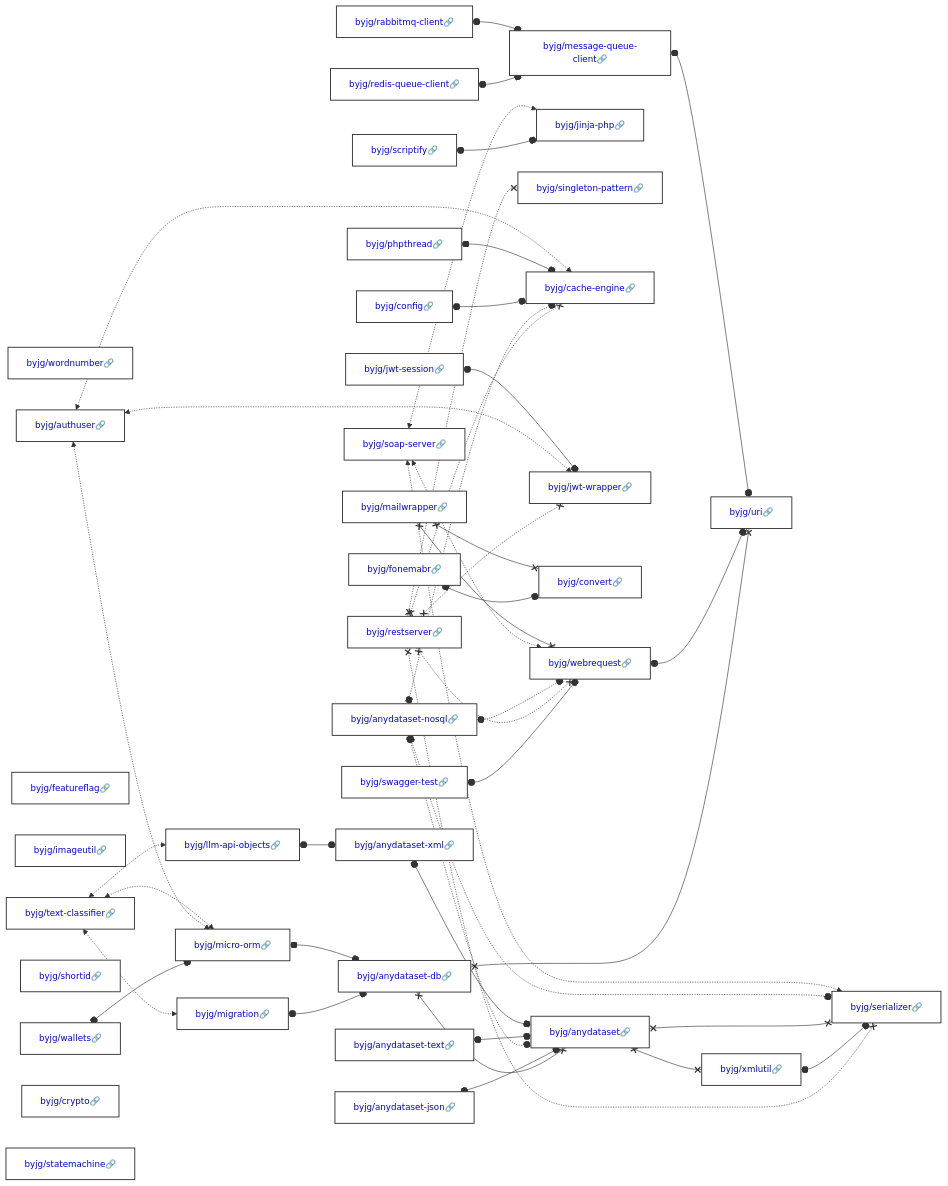
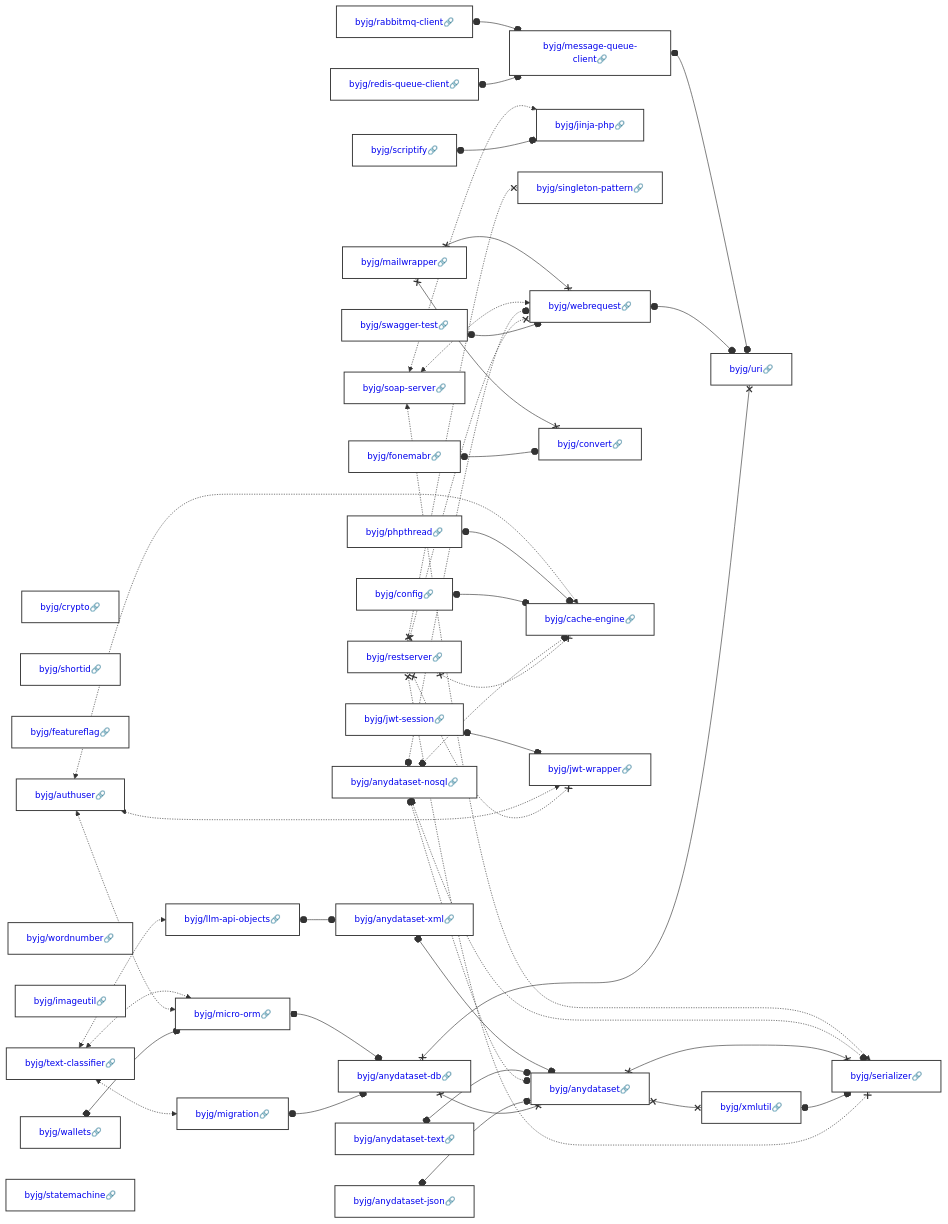
Before and after one commit to byjg/byjg.github.io: the diagram in docs/php/README.md, drawn with Mermaid. The commit also changed other lines of this file and 1 other file, not shown here.

Commit message:
Update documentation 'php' 'php-gluo-core'

````diff
--- a/docs/php/README.md
+++ b/docs/php/README.md
@@ -3,42 +3,42 @@
 ```mermaid
 graph LR;
-  byjg/anydataset-json[<a href='https://opensource.byjg.com/docs/php/anydataset-json' style='text-decoration:none'>byjg/anydataset-json🔗</a>];
+  byjg/crypto[<a href='https://opensource.byjg.com/docs/php/crypto' style='text-decoration:none'>byjg/crypto🔗</a>];
+  byjg/redis-queue-client[<a href='https://opensource.byjg.com/docs/php/redis-queue-client' style='text-decoration:none'>byjg/redis-queue-client🔗</a>];
+  byjg/shortid[<a href='https://opensource.byjg.com/docs/php/shortid' style='text-decoration:none'>byjg/shortid🔗</a>];
+  byjg/featureflag[<a href='https://opensource.byjg.com/docs/php/featureflag' style='text-decoration:none'>byjg/featureflag🔗</a>];
+  byjg/wallets[<a href='https://opensource.byjg.com/docs/php/wallets' style='text-decoration:none'>byjg/wallets🔗</a>];
   byjg/wordnumber[<a href='https://opensource.byjg.com/docs/php/wordnumber' style='text-decoration:none'>byjg/wordnumber🔗</a>];
-  byjg/authuser[<a href='https://opensource.byjg.com/docs/php/authuser' style='text-decoration:none'>byjg/authuser🔗</a>];
-  byjg/featureflag[<a href='https://opensource.byjg.com/docs/php/featureflag' style='text-decoration:none'>byjg/featureflag🔗</a>];
-  byjg/anydataset-nosql[<a href='https://opensource.byjg.com/docs/php/anydataset-nosql' style='text-decoration:none'>byjg/anydataset-nosql🔗</a>];
-  byjg/imageutil[<a href='https://opensource.byjg.com/docs/php/imageutil' style='text-decoration:none'>byjg/imageutil🔗</a>];
-  byjg/fonemabr[<a href='https://opensource.byjg.com/docs/php/fonemabr' style='text-decoration:none'>byjg/fonemabr🔗</a>];
+  byjg/anydataset-text[<a href='https://opensource.byjg.com/docs/php/anydataset-text' style='text-decoration:none'>byjg/anydataset-text🔗</a>];
   byjg/jwt-session[<a href='https://opensource.byjg.com/docs/php/jwt-session' style='text-decoration:none'>byjg/jwt-session🔗</a>];
-  byjg/rabbitmq-client[<a href='https://opensource.byjg.com/docs/php/rabbitmq-client' style='text-decoration:none'>byjg/rabbitmq-client🔗</a>];
-  byjg/redis-queue-client[<a href='https://opensource.byjg.com/docs/php/redis-queue-client' style='text-decoration:none'>byjg/redis-queue-client🔗</a>];
-  byjg/wallets[<a href='https://opensource.byjg.com/docs/php/wallets' style='text-decoration:none'>byjg/wallets🔗</a>];
-  byjg/shortid[<a href='https://opensource.byjg.com/docs/php/shortid' style='text-decoration:none'>byjg/shortid🔗</a>];
-  byjg/anydataset-text[<a href='https://opensource.byjg.com/docs/php/anydataset-text' style='text-decoration:none'>byjg/anydataset-text🔗</a>];
-  byjg/config[<a href='https://opensource.byjg.com/docs/php/config' style='text-decoration:none'>byjg/config🔗</a>];
-  byjg/scriptify[<a href='https://opensource.byjg.com/docs/php/scriptify' style='text-decoration:none'>byjg/scriptify🔗</a>];
-  byjg/text-classifier[<a href='https://opensource.byjg.com/docs/php/text-classifier' style='text-decoration:none'>byjg/text-classifier🔗</a>];
-  byjg/crypto[<a href='https://opensource.byjg.com/docs/php/crypto' style='text-decoration:none'>byjg/crypto🔗</a>];
-  byjg/statemachine[<a href='https://opensource.byjg.com/docs/php/statemachine' style='text-decoration:none'>byjg/statemachine🔗</a>];
   byjg/soap-server[<a href='https://opensource.byjg.com/docs/php/soap-server' style='text-decoration:none'>byjg/soap-server🔗</a>];
-  byjg/phpthread[<a href='https://opensource.byjg.com/docs/php/phpthread' style='text-decoration:none'>byjg/phpthread🔗</a>];
-  byjg/restserver[<a href='https://opensource.byjg.com/docs/php/restserver' style='text-decoration:none'>byjg/restserver🔗</a>];
   byjg/swagger-test[<a href='https://opensource.byjg.com/docs/php/swagger-test' style='text-decoration:none'>byjg/swagger-test🔗</a>];
   byjg/mailwrapper[<a href='https://opensource.byjg.com/docs/php/mailwrapper' style='text-decoration:none'>byjg/mailwrapper🔗</a>];
+  byjg/anydataset-json[<a href='https://opensource.byjg.com/docs/php/anydataset-json' style='text-decoration:none'>byjg/anydataset-json🔗</a>];
+  byjg/imageutil[<a href='https://opensource.byjg.com/docs/php/imageutil' style='text-decoration:none'>byjg/imageutil🔗</a>];
+  byjg/rabbitmq-client[<a href='https://opensource.byjg.com/docs/php/rabbitmq-client' style='text-decoration:none'>byjg/rabbitmq-client🔗</a>];
+  byjg/scriptify[<a href='https://opensource.byjg.com/docs/php/scriptify' style='text-decoration:none'>byjg/scriptify🔗</a>];
+  byjg/anydataset-nosql[<a href='https://opensource.byjg.com/docs/php/anydataset-nosql' style='text-decoration:none'>byjg/anydataset-nosql🔗</a>];
+  byjg/config[<a href='https://opensource.byjg.com/docs/php/config' style='text-decoration:none'>byjg/config🔗</a>];
+  byjg/restserver[<a href='https://opensource.byjg.com/docs/php/restserver' style='text-decoration:none'>byjg/restserver🔗</a>];
+  byjg/phpthread[<a href='https://opensource.byjg.com/docs/php/phpthread' style='text-decoration:none'>byjg/phpthread🔗</a>];
+  byjg/fonemabr[<a href='https://opensource.byjg.com/docs/php/fonemabr' style='text-decoration:none'>byjg/fonemabr🔗</a>];
+  byjg/text-classifier[<a href='https://opensource.byjg.com/docs/php/text-classifier' style='text-decoration:none'>byjg/text-classifier🔗</a>];
+  byjg/authuser[<a href='https://opensource.byjg.com/docs/php/authuser' style='text-decoration:none'>byjg/authuser🔗</a>];
+  byjg/statemachine[<a href='https://opensource.byjg.com/docs/php/statemachine' style='text-decoration:none'>byjg/statemachine🔗</a>];
   byjg/message-queue-client[<a href='https://opensource.byjg.com/docs/php/message-queue-client' style='text-decoration:none'>byjg/message-queue-client🔗</a>];
-  byjg/micro-orm[<a href='https://opensource.byjg.com/docs/php/micro-orm' style='text-decoration:none'>byjg/micro-orm🔗</a>];
+  byjg/jinja-php[<a href='https://opensource.byjg.com/docs/php/jinja-php' style='text-decoration:none'>byjg/jinja-php🔗</a>];
+  byjg/singleton-pattern[<a href='https://opensource.byjg.com/docs/php/singleton-pattern' style='text-decoration:none'>byjg/singleton-pattern🔗</a>];
+  byjg/webrequest[<a href='https://opensource.byjg.com/docs/php/webrequest' style='text-decoration:none'>byjg/webrequest🔗</a>];
+  byjg/convert[<a href='https://opensource.byjg.com/docs/php/convert' style='text-decoration:none'>byjg/convert🔗</a>];
   byjg/migration[<a href='https://opensource.byjg.com/docs/php/migration' style='text-decoration:none'>byjg/migration🔗</a>];
   byjg/llm-api-objects[<a href='https://opensource.byjg.com/docs/php/llm-api-objects' style='text-decoration:none'>byjg/llm-api-objects🔗</a>];
-  byjg/jinja-php[<a href='https://opensource.byjg.com/docs/php/jinja-php' style='text-decoration:none'>byjg/jinja-php🔗</a>];
-  byjg/singleton-pattern[<a href='https://opensource.byjg.com/docs/php/singleton-pattern' style='text-decoration:none'>byjg/singleton-pattern🔗</a>];
+  byjg/micro-orm[<a href='https://opensource.byjg.com/docs/php/micro-orm' style='text-decoration:none'>byjg/micro-orm🔗</a>];
   byjg/cache-engine[<a href='https://opensource.byjg.com/docs/php/cache-engine' style='text-decoration:none'>byjg/cache-engine🔗</a>];
   byjg/jwt-wrapper[<a href='https://opensource.byjg.com/docs/php/jwt-wrapper' style='text-decoration:none'>byjg/jwt-wrapper🔗</a>];
-  byjg/convert[<a href='https://opensource.byjg.com/docs/php/convert' style='text-decoration:none'>byjg/convert🔗</a>];
-  byjg/webrequest[<a href='https://opensource.byjg.com/docs/php/webrequest' style='text-decoration:none'>byjg/webrequest🔗</a>];
+  byjg/anydataset-xml[<a href='https://opensource.byjg.com/docs/php/anydataset-xml' style='text-decoration:none'>byjg/anydataset-xml🔗</a>];
   byjg/anydataset-db[<a href='https://opensource.byjg.com/docs/php/anydataset-db' style='text-decoration:none'>byjg/anydataset-db🔗</a>];
-  byjg/anydataset-xml[<a href='https://opensource.byjg.com/docs/php/anydataset-xml' style='text-decoration:none'>byjg/anydataset-xml🔗</a>];
+  byjg/anydataset[<a href='https://opensource.byjg.com/docs/php/anydataset' style='text-decoration:none'>byjg/anydataset🔗</a>];
   byjg/uri[<a href='https://opensource.byjg.com/docs/php/uri' style='text-decoration:none'>byjg/uri🔗</a>];
-  byjg/anydataset[<a href='https://opensource.byjg.com/docs/php/anydataset' style='text-decoration:none'>byjg/anydataset🔗</a>];
   byjg/xmlutil[<a href='https://opensource.byjg.com/docs/php/xmlutil' style='text-decoration:none'>byjg/xmlutil🔗</a>];
   byjg/serializer[<a href='https://opensource.byjg.com/docs/php/serializer' style='text-decoration:none'>byjg/serializer🔗</a>];
   byjg/anydataset-db x--x byjg/anydataset;
````
